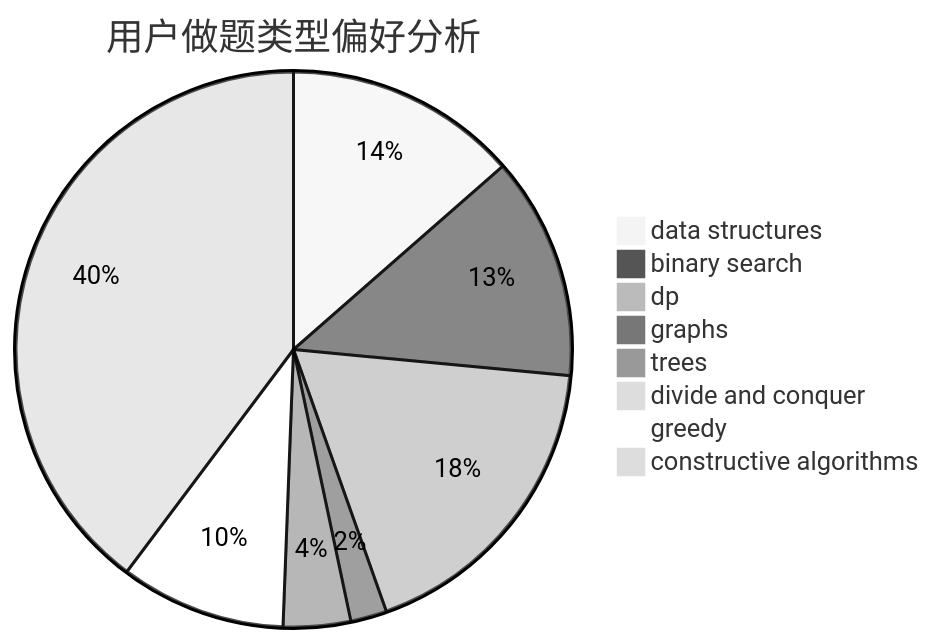
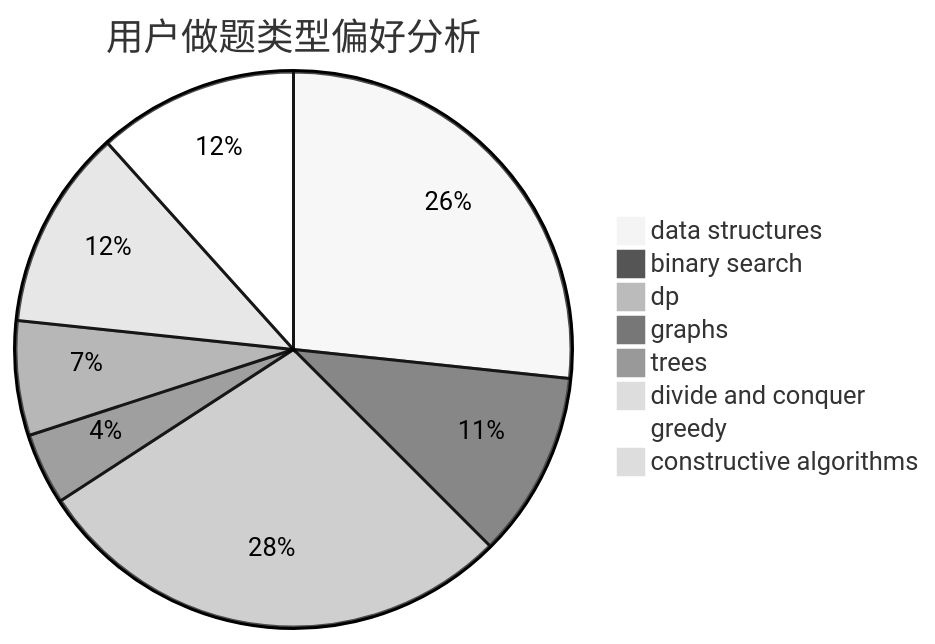
One commit to sherpahu/cfrs.github.io changed the second of 3 diagrams in docs/user/u634.md. Above: the diagram before and after it, drawn with Mermaid (neutral theme). The commit also changed other lines of this file and 2770 other files, not shown here.

````diff
--- a/docs/user/u634.md
+++ b/docs/user/u634.md
@@ -23,11 +23,11 @@
 ```mermaid
 pie title 用户做题类型偏好分析
-    "data structures" :  45
-    "binary search" :  43
-    "dp" :  60
-    "graphs" :  7
-    "trees" :  13
-    "divide and conquer" :  1
-    "greedy" :  32
-    "constructive algorithms" :  132
+    "data structures" :  32
+    "binary search" :  13
+    "dp" :  34
+    "graphs" :  5
+    "trees" :  8
+    "divide and conquer" :  14
+    "greedy" :  14
+    "constructive algorithms" :  1
 ```
````
